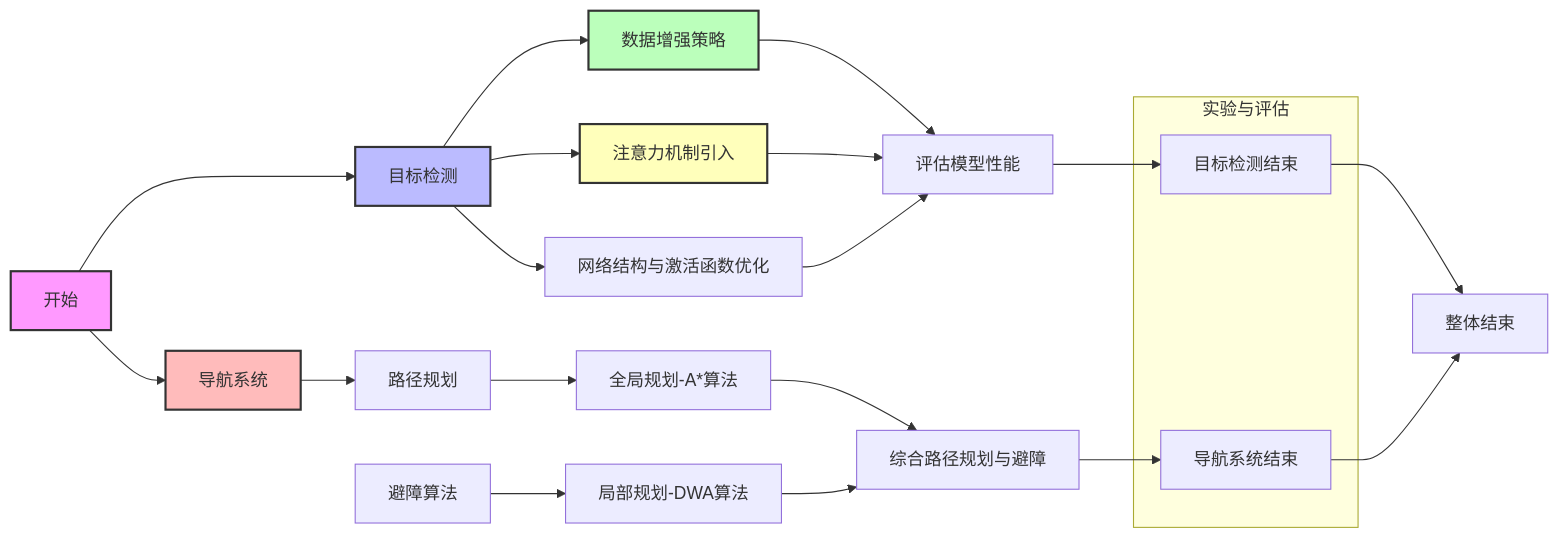
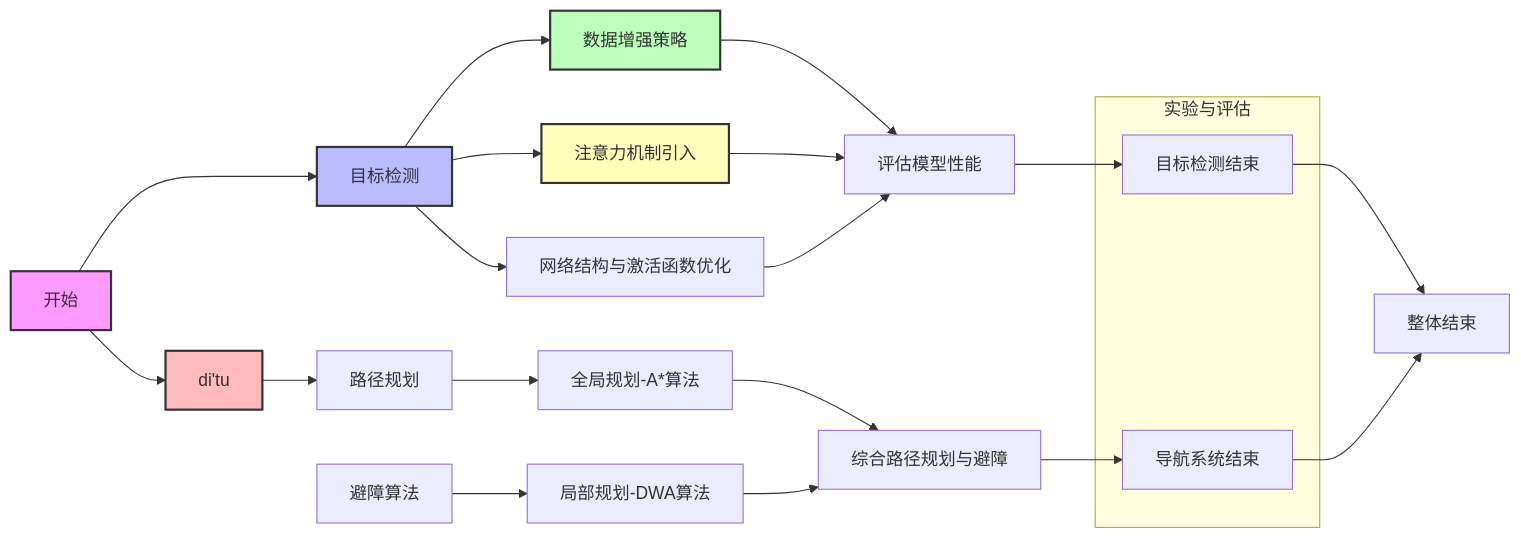
One commit to 1831380633/iodraw-files changed the diagram in all/未命名-1.md. Above: the diagram before and after it, drawn with Mermaid.

Commit message:
2024-12-18 14:58:02 update

````diff
--- a/all/未命名-1.md
+++ b/all/未命名-1.md
@@ -1,36 +1,36 @@
 ```mermaid
 graph LR
     style A fill:#f9f,stroke:#333,stroke-width:2px
     style B fill:#bbf,stroke:#333,stroke-width:2px
     style C fill:#fbb,stroke:#333,stroke-width:2px
     style D fill:#bfb,stroke:#333,stroke-width:2px
     style E fill:#ffb,stroke:#333,stroke-width:2px
 
     A[开始] --> B[目标检测]
-    A --> C[导航系统]
+    A --> C[di'tu]
     
     B --> D[数据增强策略]
     B --> E[注意力机制引入]
     B --> F[网络结构与激活函数优化]
     D --> G[评估模型性能]
     E --> G
     F --> G
     G --> H[目标检测结束]
     
     C --> I[路径规划]
 
     I --> K[全局规划-A*算法]
     J[避障算法] --> L[局部规划-DWA算法]
     K --> M[综合路径规划与避障]
     L --> M
     M --> N[导航系统结束]
     
     H --> O[整体结束]
     N --> O
 
     subgraph 实验与评估
         H
         N
     end
 
 ```
````
